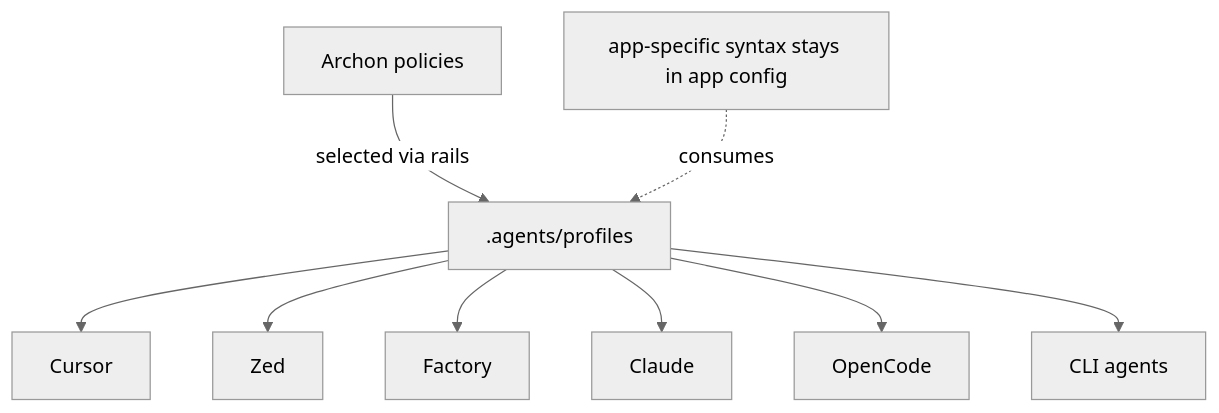
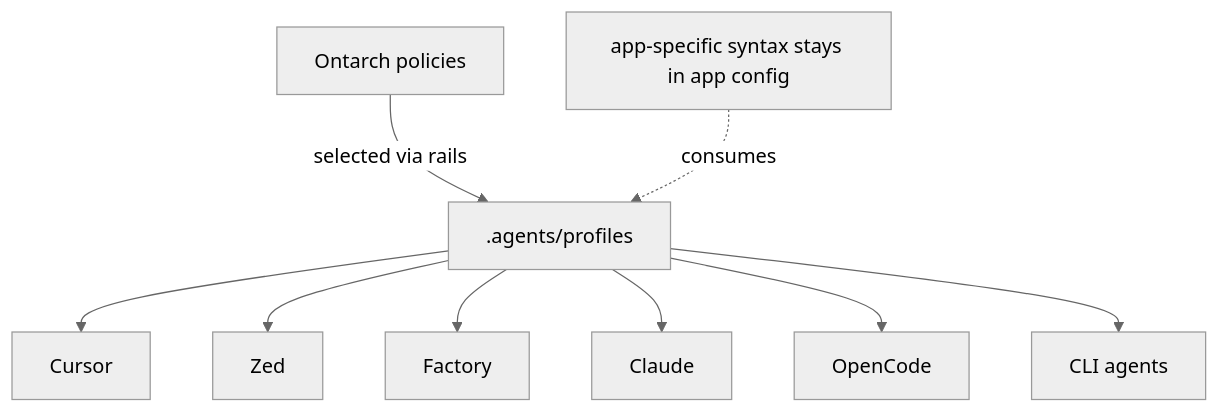
The first of 2 diagrams in docs/agent-configs.md (luckgrid/wfos), drawn with Mermaid (neutral theme) before and after one commit. The commit also changed other lines of this file and 264 other files, not shown here.

````diff
--- a/docs/agent-configs.md
+++ b/docs/agent-configs.md
@@ -29,11 +29,11 @@
 ```mermaid
 flowchart TD
-  Pol[Archon policies] -->|selected via rails| Reg[.agents/profiles]
+  Pol[Ontarch policies] -->|selected via rails| Reg[.agents/profiles]
   Reg --> Cursor[Cursor]
   Reg --> Zed[Zed]
   Reg --> Factory[Factory]
   Reg --> Claude[Claude]
   Reg --> OpenCode[OpenCode]
   Reg --> Shell[CLI agents]
   AppSyntax[app-specific syntax stays in app config] -. consumes .-> Reg
 ```
````
